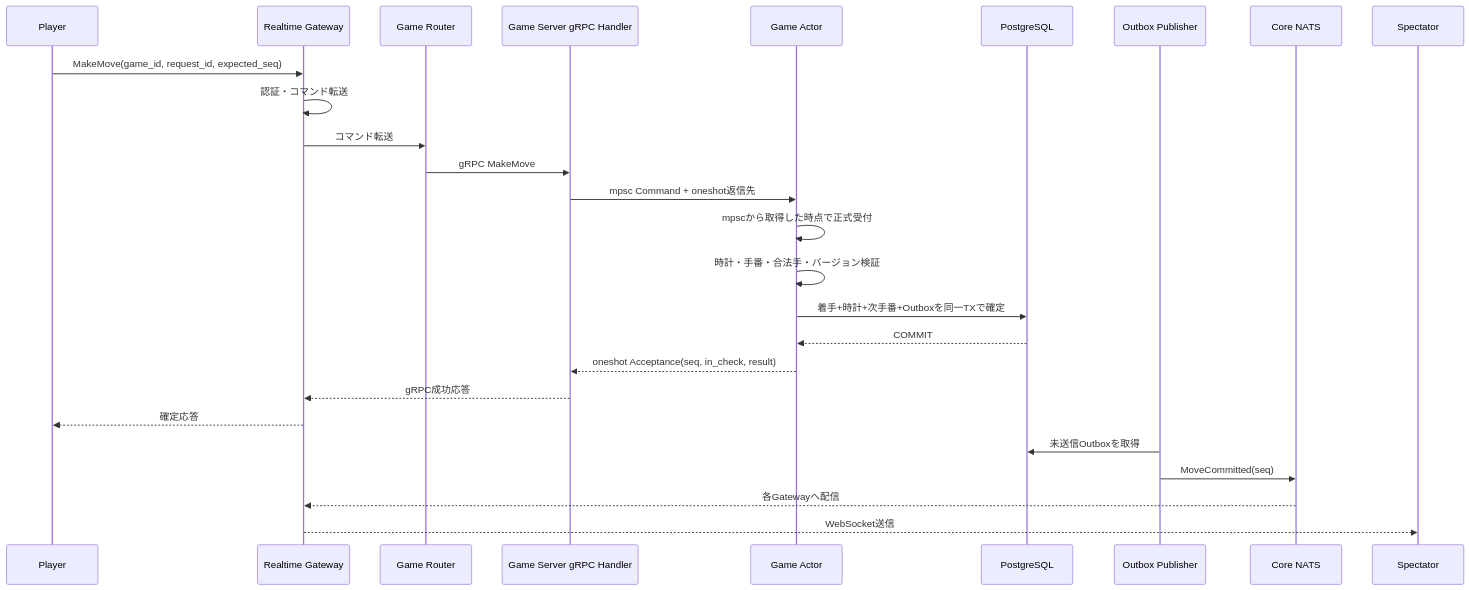
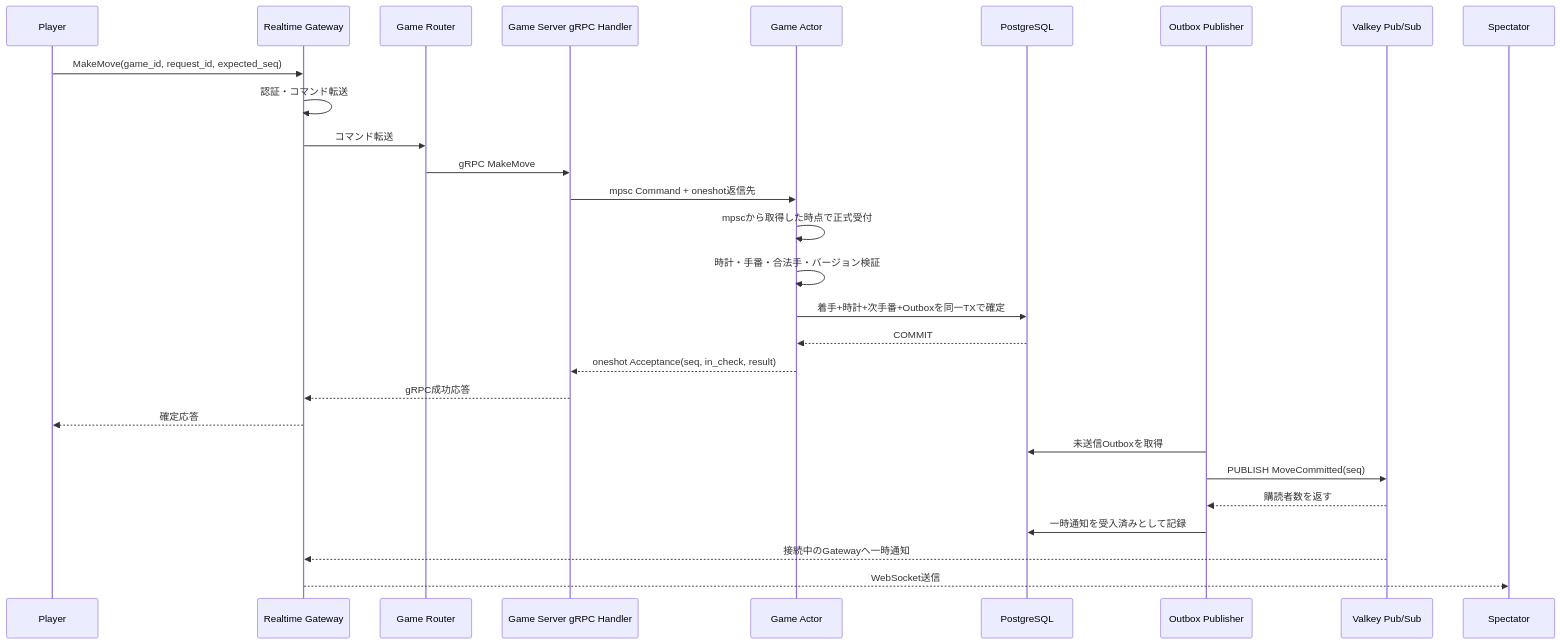
Before and after one commit to take44444/shogi-backend: the third of 6 diagrams in docs/design/architecture.md, drawn with Mermaid. The commit also changed other lines of this file and 13 other files, not shown here.

Commit message:
Use Valkey instead of NATS

````diff
--- a/docs/design/architecture.md
+++ b/docs/design/architecture.md
@@ -300,28 +299,30 @@
 ```mermaid
 sequenceDiagram
   participant P as Player
   participant GW as Realtime Gateway
   participant R as Game Router
   participant GS as Game Server gRPC Handler
   participant A as Game Actor
   participant DB as PostgreSQL
   participant PUB as Outbox Publisher
-  participant N as Core NATS
+  participant VQ as Valkey Pub/Sub
   participant V as Spectator
   P->>GW: MakeMove(game_id, request_id, expected_seq)
   GW->>GW: 認証・コマンド転送
   GW->>R: コマンド転送
   R->>GS: gRPC MakeMove
   GS->>A: mpsc Command + oneshot返信先
   A->>A: mpscから取得した時点で正式受付
   A->>A: 時計・手番・合法手・バージョン検証
   A->>DB: 着手+時計+次手番+Outboxを同一TXで確定
   DB-->>A: COMMIT
   A-->>GS: oneshot Acceptance(seq, in_check, result)
   GS-->>GW: gRPC成功応答
   GW-->>P: 確定応答
   PUB->>DB: 未送信Outboxを取得
-  PUB->>N: MoveCommitted(seq)
-  N-->>GW: 各Gatewayへ配信
+  PUB->>VQ: PUBLISH MoveCommitted(seq)
+  VQ-->>PUB: 購読者数を返す
+  PUB->>DB: 一時通知を受入済みとして記録
+  VQ-->>GW: 接続中のGatewayへ一時通知
   GW-->>V: WebSocket送信
 ```
````
